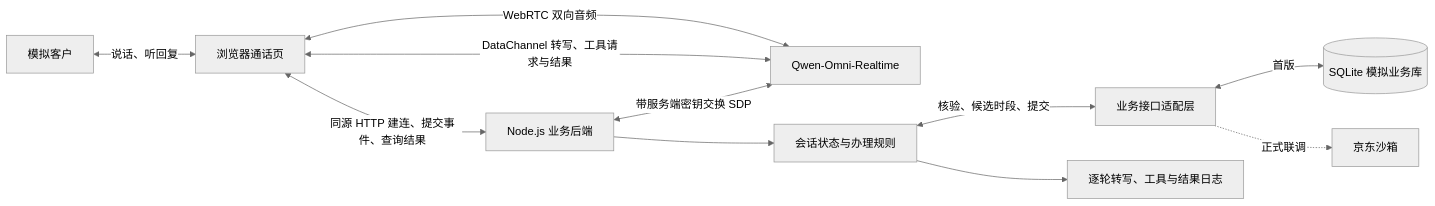
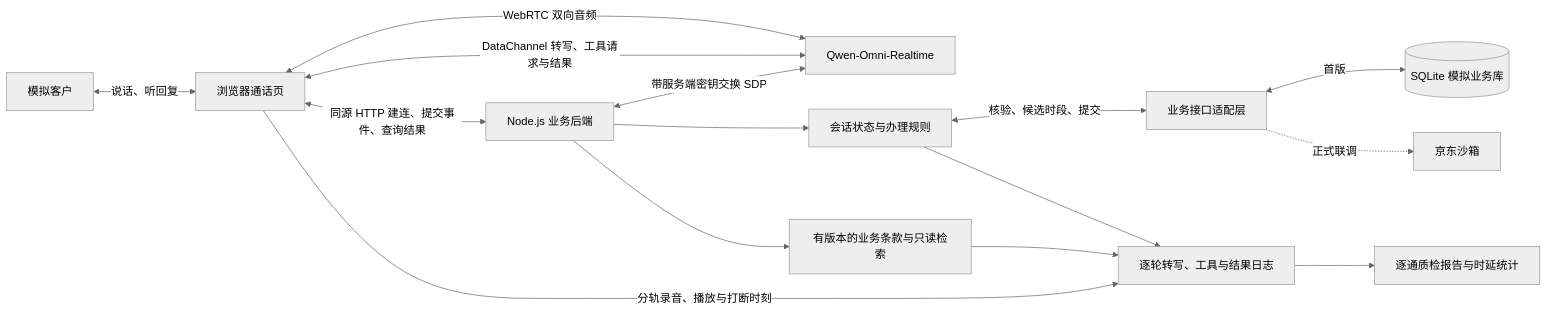
The diagram in ARCHITECTURE.md (zhupipi07/zhiyu-voice-desk), drawn with Mermaid (neutral theme) before and after one commit. The commit also changed other lines of this file, not shown here.

````diff
--- a/ARCHITECTURE.md
+++ b/ARCHITECTURE.md
@@ -9,13 +11,17 @@
 ```mermaid
 flowchart LR
     U["模拟客户"] <-->|说话、听回复| W["浏览器通话页"]
     W <-->|WebRTC 双向音频| Q["Qwen-Omni-Realtime"]
     W <-->|DataChannel 转写、工具请求与结果| Q
     W <-->|同源 HTTP 建连、提交事件、查询结果| A["Node.js 业务后端"]
     A <-->|带服务端密钥交换 SDP| Q
     A --> S["会话状态与办理规则"]
+    A --> K["有版本的业务条款与只读检索"]
     S <-->|核验、候选时段、提交| B["业务接口适配层"]
     B <-->|首版| D[("SQLite 模拟业务库")]
     B -.->|正式联调| J["京东沙箱"]
     S --> L["逐轮转写、工具与结果日志"]
+    K --> L
+    W -->|分轨录音、播放与打断时刻| L
+    L --> R["逐通质检报告与时延统计"]
 ```
````
